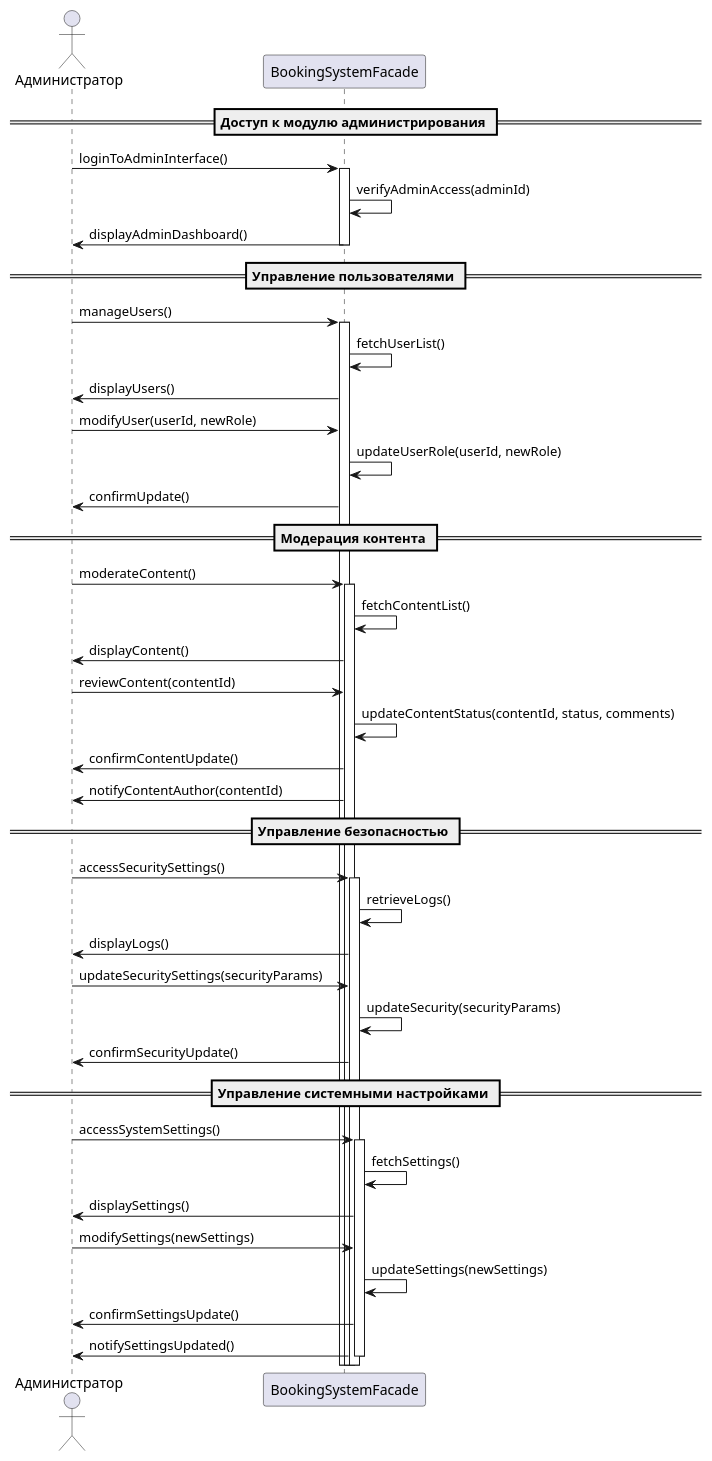
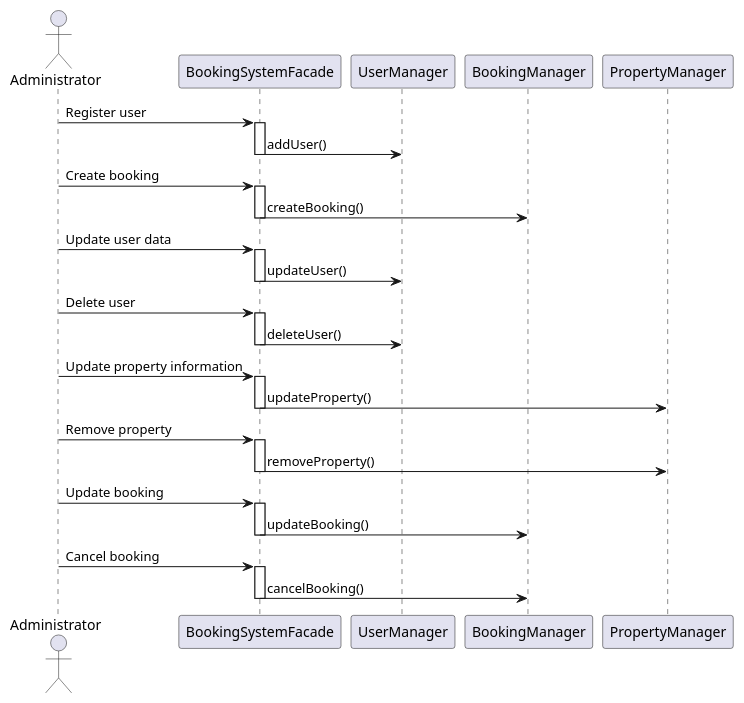
One commit to penamarth/bsbo-01-22_team4_var8 changed the diagram in precedents/SystemAdministration/SystemAdministrationSequenceDiagram.md. Above: the diagram before and after it, drawn with PlantUML.

Commit message:
Update SystemAdministration diagramm

````diff
--- a/precedents/SystemAdministration/SystemAdministrationSequenceDiagram.md
+++ b/precedents/SystemAdministration/SystemAdministrationSequenceDiagram.md
@@ -1,55 +1,47 @@
-```plantuml
 @startuml
 
-actor "Администратор" as Administrator
+actor "Administrator" as Admin
 participant "BookingSystemFacade" as System
 
-== Доступ к модулю администрирования ==
-Administrator -> System : loginToAdminInterface()
+
+Admin -> System: Register user
 activate System
-System -> System : verifyAdminAccess(adminId)
-System -> Administrator : displayAdminDashboard()
+System -> UserManager: addUser()
 deactivate System
 
-== Управление пользователями ==
-Administrator -> System : manageUsers()
+Admin -> System: Create booking
 activate System
-System -> System : fetchUserList()
-System -> Administrator : displayUsers()
-Administrator -> System : modifyUser(userId, newRole)
-System -> System : updateUserRole(userId, newRole)
-System -> Administrator : confirmUpdate()
+System -> BookingManager: createBooking()
+deactivate System
 
-== Модерация контента ==
-Administrator -> System : moderateContent()
+Admin -> System: Update user data
 activate System
-System -> System : fetchContentList()
-System -> Administrator : displayContent()
-Administrator -> System : reviewContent(contentId)
-System -> System : updateContentStatus(contentId, status, comments)
-System -> Administrator : confirmContentUpdate()
-System -> Administrator : notifyContentAuthor(contentId)
+System -> UserManager: updateUser()
+deactivate System
 
-== Управление безопасностью ==
-Administrator -> System : accessSecuritySettings()
+Admin -> System: Delete user
 activate System
-System -> System : retrieveLogs()
-System -> Administrator : displayLogs()
-Administrator -> System : updateSecuritySettings(securityParams)
-System -> System : updateSecurity(securityParams)
-System -> Administrator : confirmSecurityUpdate()
+System -> UserManager: deleteUser()
+deactivate System
 
-== Управление системными настройками ==
-Administrator -> System : accessSystemSettings()
+Admin -> System: Update property information
 activate System
-System -> System : fetchSettings()
-System -> Administrator : displaySettings()
-Administrator -> System : modifySettings(newSettings)
-System -> System : updateSettings(newSettings)
-System -> Administrator : confirmSettingsUpdate()
-System -> Administrator : notifySettingsUpdated()
+System -> PropertyManager: updateProperty()
+deactivate System
 
+Admin -> System: Remove property
+activate System
+System -> PropertyManager: removeProperty()
+deactivate System
+
+Admin -> System: Update booking
+activate System
+System -> BookingManager: updateBooking()
+deactivate System
+
+Admin -> System: Cancel booking
+activate System
+System -> BookingManager: cancelBooking()
 deactivate System
 
 @enduml
-```
````
